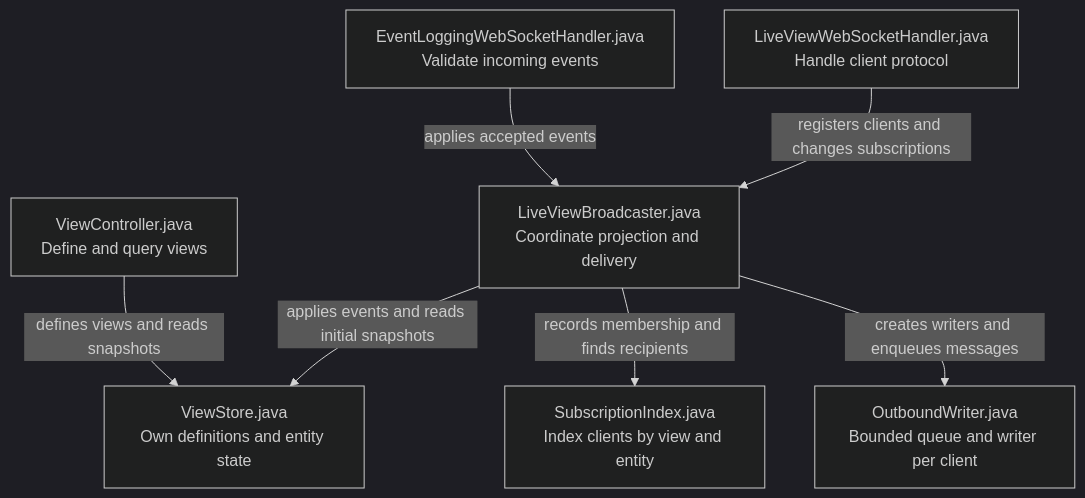
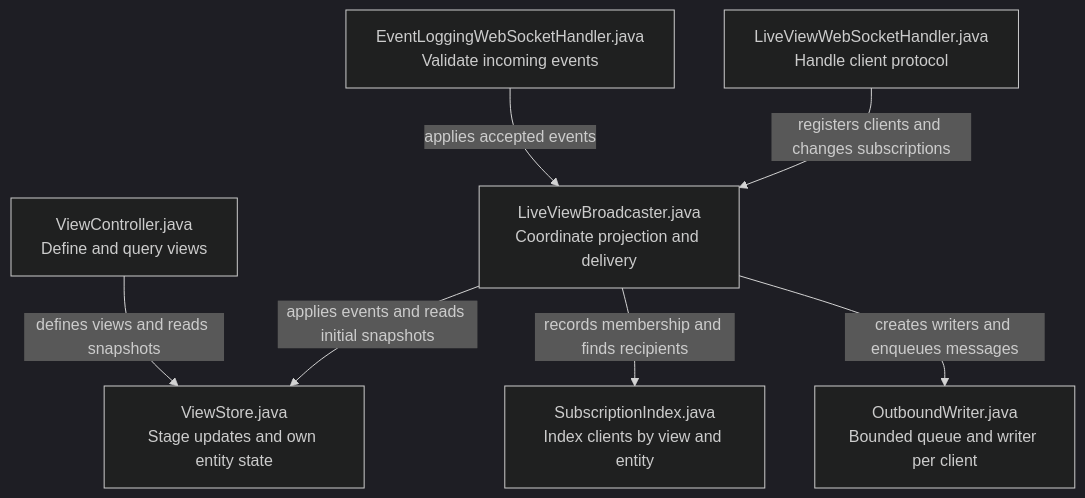
The second of 3 diagrams in zooglass/docs/source-map.md (sproates/zooglass), drawn with Mermaid (dark theme) before and after one commit. The commit also changed other lines of this file and 5 other files, not shown here.

````diff
--- a/zooglass/docs/source-map.md
+++ b/zooglass/docs/source-map.md
@@ -49,16 +49,16 @@
 ```mermaid
 flowchart TB
   events["EventLoggingWebSocketHandler.java<br/>Validate incoming events"]
   live["LiveViewWebSocketHandler.java<br/>Handle client protocol"]
   http["ViewController.java<br/>Define and query views"]
   broadcaster["LiveViewBroadcaster.java<br/>Coordinate projection and delivery"]
-  store["ViewStore.java<br/>Own definitions and entity state"]
+  store["ViewStore.java<br/>Stage updates and own entity state"]
   subscriptions["SubscriptionIndex.java<br/>Index clients by view and entity"]
   writer["OutboundWriter.java<br/>Bounded queue and writer per client"]
   events -->|applies accepted events| broadcaster
   live -->|registers clients and changes subscriptions| broadcaster
   http -->|defines views and reads snapshots| store
   broadcaster -->|applies events and reads initial snapshots| store
   broadcaster -->|records membership and finds recipients| subscriptions
   broadcaster -->|creates writers and enqueues messages| writer
 ```
````
